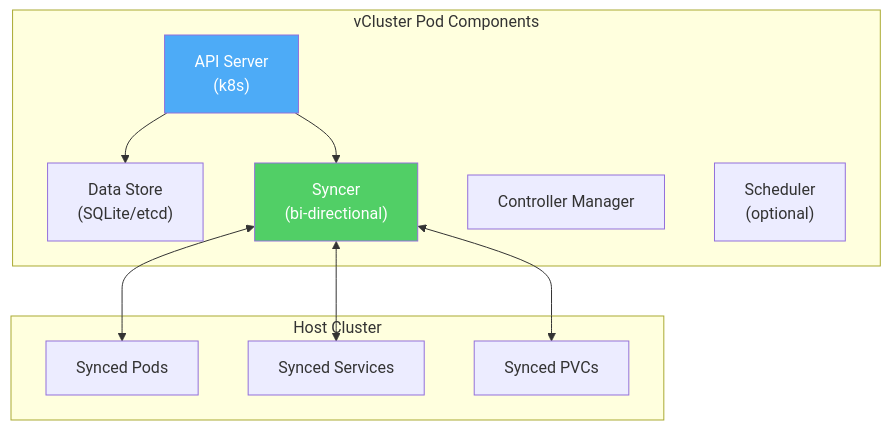
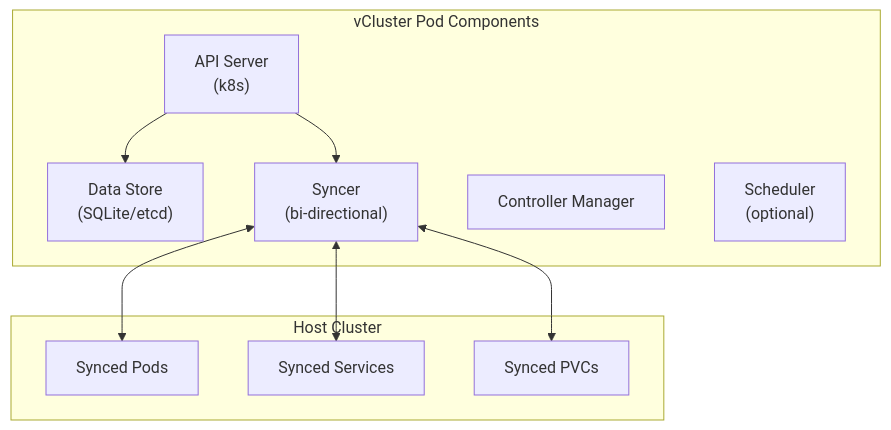
Before and after one commit to Piotr1215/youtube: the diagram in _partials/vcluster-architecture.md, drawn with Mermaid. The commit also changed 2 other files, not shown here.

Commit message:
kai: improve demo flow

````diff
--- a/_partials/vcluster-architecture.md
+++ b/_partials/vcluster-architecture.md
@@ -5,25 +5,22 @@
 ```mermaid +render
 graph TB
     subgraph "vCluster Pod Components"
         API["API Server<br/>(k8s)"]
         ETCD["Data Store<br/>(SQLite/etcd)"]
         SYNC["Syncer<br/>(bi-directional)"]
         CTRL["Controller Manager"]
         SCHED["Scheduler<br/>(optional)"]
     end
 
     subgraph "Host Cluster"
         PODS["Synced Pods"]
         SVCS["Synced Services"]
         PVC["Synced PVCs"]
     end
 
     API --> ETCD
     API --> SYNC
     SYNC <--> PODS
     SYNC <--> SVCS
     SYNC <--> PVC
-
-    style API fill:#4dabf7,color:#fff
-    style SYNC fill:#51cf66,color:#fff
 ```
````
